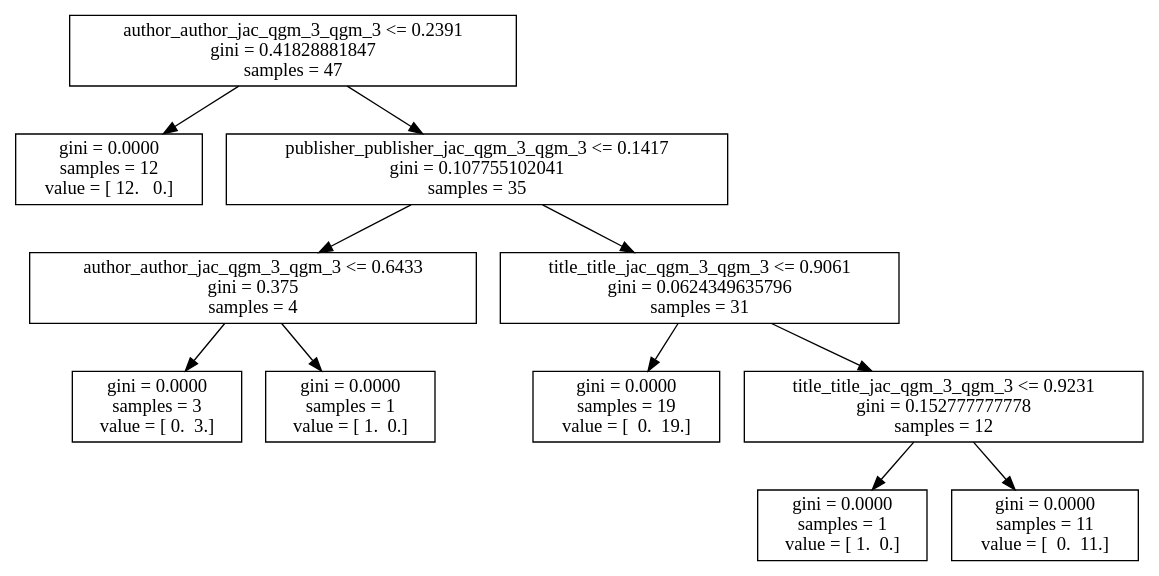
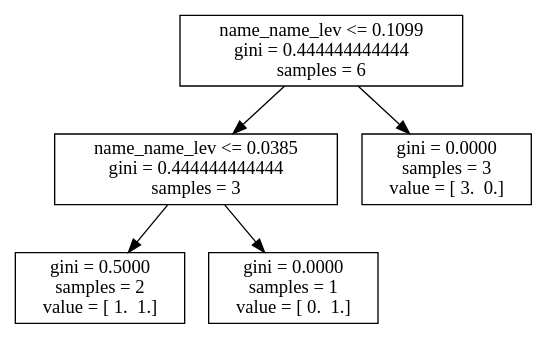
One commit to kvpradap/enrique changed the diagram in notebooks/examples/dt_.dot. Above: the diagram before and after it, drawn with Graphviz. The commit also changed 77 other files, not shown here.

```diff
--- a/notebooks/examples/dt_.dot
+++ b/notebooks/examples/dt_.dot
@@ -1,23 +1,11 @@
 digraph Tree {
-0 [label="author_author_jac_qgm_3_qgm_3 <= 0.2391\ngini = 0.41828881847\nsamples = 47", shape="box"] ;
-1 [label="gini = 0.0000\nsamples = 12\nvalue = [ 12.   0.]", shape="box"] ;
+0 [label="name_name_lev <= 0.1099\ngini = 0.444444444444\nsamples = 6", shape="box"] ;
+1 [label="name_name_lev <= 0.0385\ngini = 0.444444444444\nsamples = 3", shape="box"] ;
 0 -> 1 ;
-2 [label="publisher_publisher_jac_qgm_3_qgm_3 <= 0.1417\ngini = 0.107755102041\nsamples = 35", shape="box"] ;
-0 -> 2 ;
-3 [label="author_author_jac_qgm_3_qgm_3 <= 0.6433\ngini = 0.375\nsamples = 4", shape="box"] ;
-2 -> 3 ;
-4 [label="gini = 0.0000\nsamples = 3\nvalue = [ 0.  3.]", shape="box"] ;
-3 -> 4 ;
-5 [label="gini = 0.0000\nsamples = 1\nvalue = [ 1.  0.]", shape="box"] ;
-3 -> 5 ;
-6 [label="title_title_jac_qgm_3_qgm_3 <= 0.9061\ngini = 0.0624349635796\nsamples = 31", shape="box"] ;
-2 -> 6 ;
-7 [label="gini = 0.0000\nsamples = 19\nvalue = [  0.  19.]", shape="box"] ;
-6 -> 7 ;
-8 [label="title_title_jac_qgm_3_qgm_3 <= 0.9231\ngini = 0.152777777778\nsamples = 12", shape="box"] ;
-6 -> 8 ;
-9 [label="gini = 0.0000\nsamples = 1\nvalue = [ 1.  0.]", shape="box"] ;
-8 -> 9 ;
-10 [label="gini = 0.0000\nsamples = 11\nvalue = [  0.  11.]", shape="box"] ;
-8 -> 10 ;
+2 [label="gini = 0.5000\nsamples = 2\nvalue = [ 1.  1.]", shape="box"] ;
+1 -> 2 ;
+3 [label="gini = 0.0000\nsamples = 1\nvalue = [ 0.  1.]", shape="box"] ;
+1 -> 3 ;
+4 [label="gini = 0.0000\nsamples = 3\nvalue = [ 3.  0.]", shape="box"] ;
+0 -> 4 ;
 }
```
